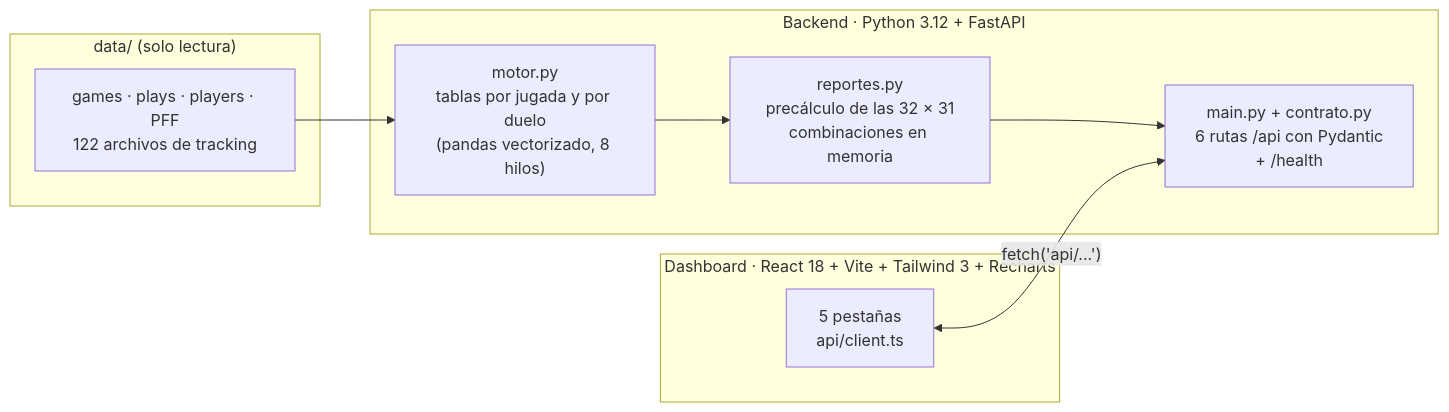
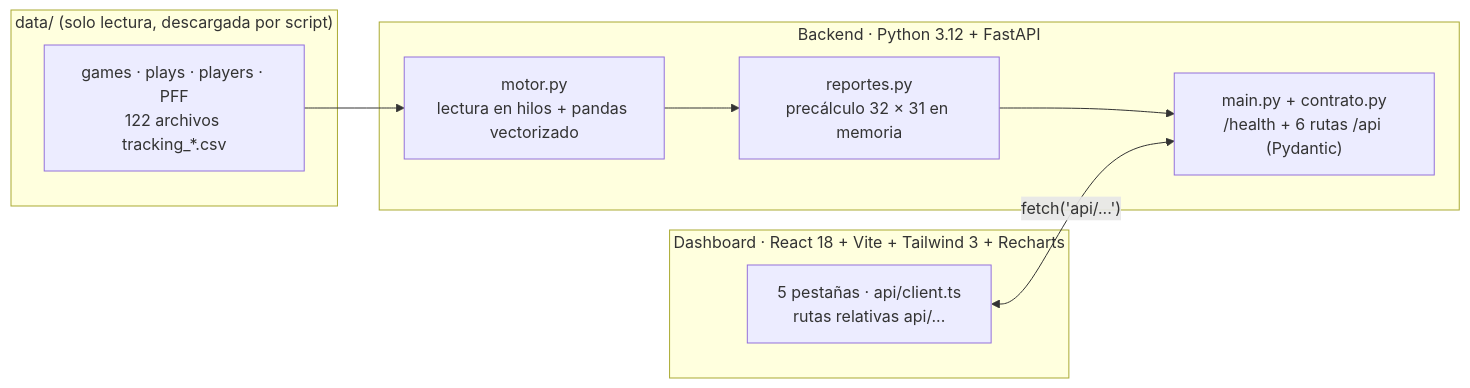
The diagram in README.md (DiegoV-J/Queryback), drawn with Mermaid before and after one commit. The commit also changed other lines of this file and 12 other files, not shown here.

Commit message:
feat: corrige contrato/UI, agrega pytest, CI, devcontainer, script de datos y mejora README

````diff
--- a/README.md
+++ b/README.md
@@ -131,19 +142,19 @@
 ```mermaid
 flowchart LR
-    subgraph Datos["data/ (solo lectura)"]
-        CSV["games · plays · players · PFF<br/>122 archivos de tracking"]
+    subgraph Datos["data/ (solo lectura, descargada por script)"]
+        CSV["games · plays · players · PFF<br/>122 archivos tracking_*.csv"]
     end
 
     subgraph Backend["Backend · Python 3.12 + FastAPI"]
-        M["motor.py<br/>tablas por jugada y por duelo<br/>(pandas vectorizado, 8 hilos)"]
-        R["reportes.py<br/>precálculo de las 32 × 31<br/>combinaciones en memoria"]
-        A["main.py + contrato.py<br/>6 rutas /api con Pydantic<br/>+ /health"]
+        M["motor.py<br/>lectura en hilos + pandas vectorizado"]
+        R["reportes.py<br/>precálculo 32 × 31 en memoria"]
+        A["main.py + contrato.py<br/>/health + 6 rutas /api (Pydantic)"]
     end
 
     subgraph Front["Dashboard · React 18 + Vite + Tailwind 3 + Recharts"]
-        UI["5 pestañas<br/>api/client.ts"]
+        UI["5 pestañas · api/client.ts<br/>rutas relativas api/..."]
     end
 
     CSV --> M --> R --> A
     UI <-->|"fetch('api/...')"| A
 ```
````
